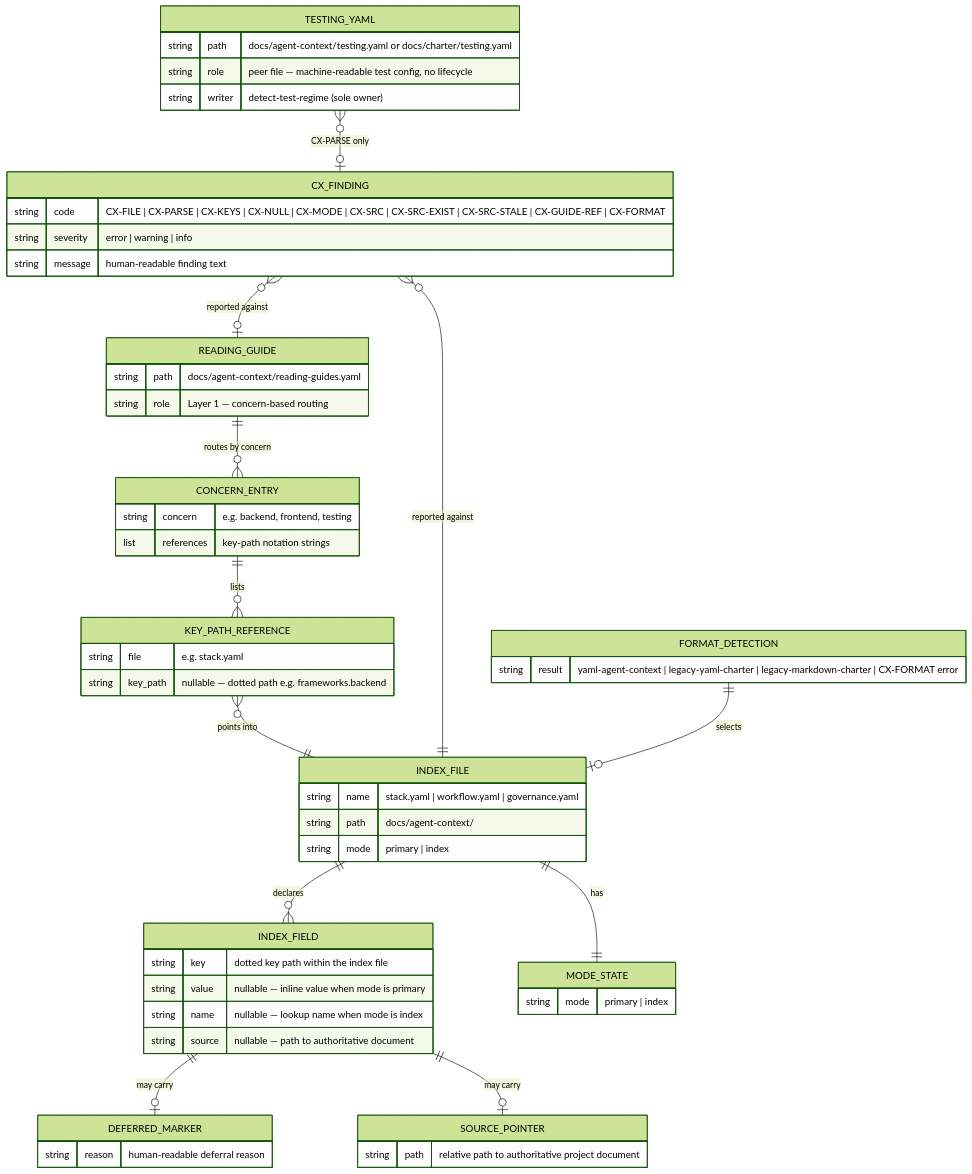
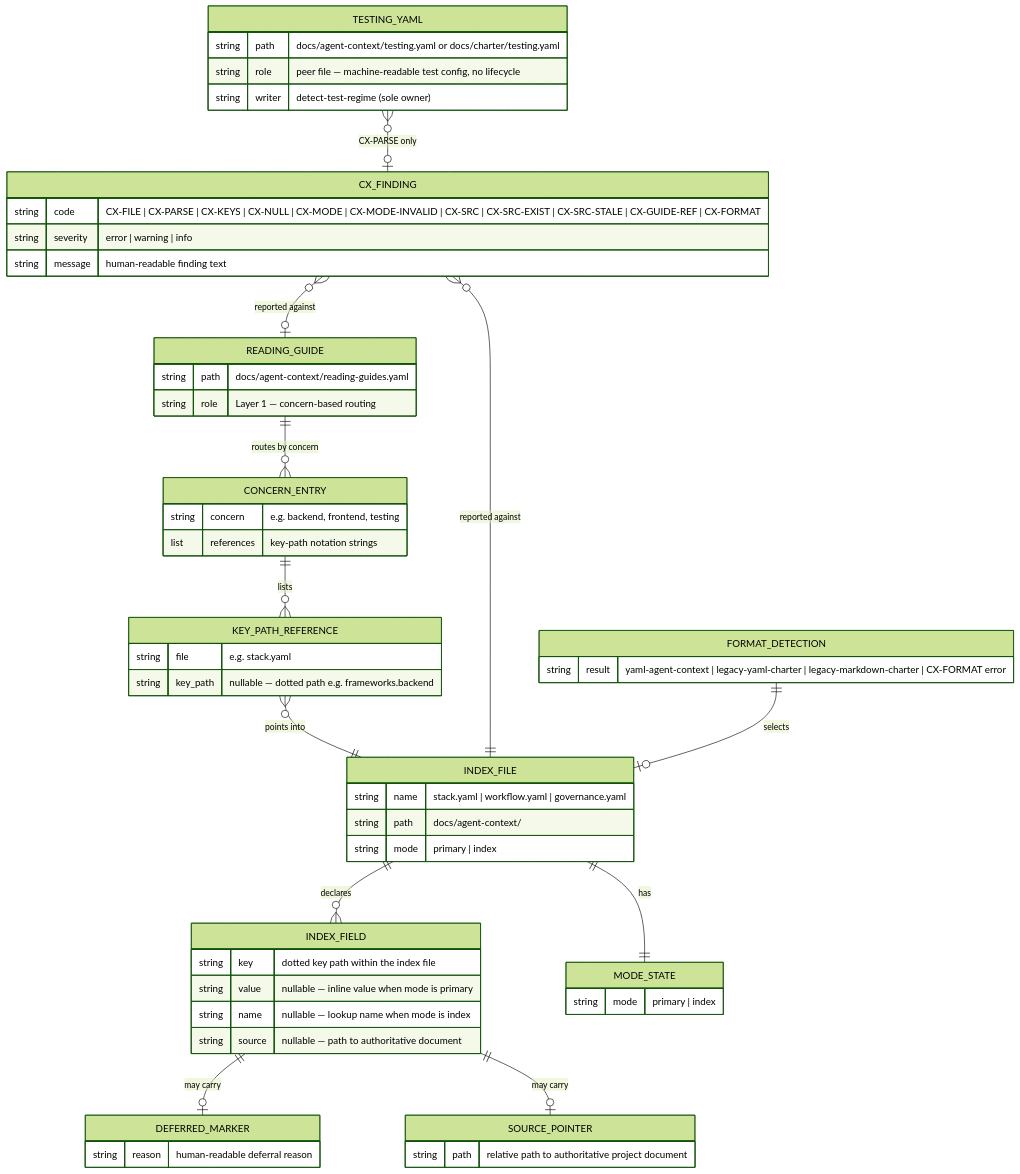
Before and after one commit to matthiasdaues/agent_factory: the third of 3 diagrams in docs/spec/supplementary_specs/entity-model.md, drawn with Mermaid (forest theme). The commit also changed 1 other file, not shown here.

Commit message:
docs: propagate CX-MODE-INVALID to entity-model and QA strategy (SPEC-0013)
Claude-Session: https://claude.ai/code/session_01SqT5KXAxDjuZVG9xraC1RQ

````diff
--- a/docs/spec/supplementary_specs/entity-model.md
+++ b/docs/spec/supplementary_specs/entity-model.md
@@ -254,60 +254,60 @@
 ```mermaid
 erDiagram
     READING_GUIDE ||--o{ CONCERN_ENTRY : "routes by concern"
     CONCERN_ENTRY ||--o{ KEY_PATH_REFERENCE : "lists"
     KEY_PATH_REFERENCE }o--|| INDEX_FILE : "points into"
     INDEX_FILE ||--o{ INDEX_FIELD : "declares"
     INDEX_FILE ||--|| MODE_STATE : "has"
     INDEX_FIELD ||--o| DEFERRED_MARKER : "may carry"
     INDEX_FIELD ||--o| SOURCE_POINTER : "may carry"
     CX_FINDING }o--|| INDEX_FILE : "reported against"
     CX_FINDING }o--o| READING_GUIDE : "reported against"
     TESTING_YAML }o--o| CX_FINDING : "CX-PARSE only"
     FORMAT_DETECTION ||--o| INDEX_FILE : "selects"
 
     READING_GUIDE {
         string path "docs/agent-context/reading-guides.yaml"
         string role "Layer 1 — concern-based routing"
     }
     CONCERN_ENTRY {
         string concern "e.g. backend, frontend, testing"
         list references "key-path notation strings"
     }
     KEY_PATH_REFERENCE {
         string file "e.g. stack.yaml"
         string key_path "nullable — dotted path e.g. frameworks.backend"
     }
     INDEX_FILE {
         string name "stack.yaml | workflow.yaml | governance.yaml"
         string path "docs/agent-context/<name>"
         string mode "primary | index"
     }
     INDEX_FIELD {
         string key "dotted key path within the index file"
         string value "nullable — inline value when mode is primary"
         string name "nullable — lookup name when mode is index"
         string source "nullable — path to authoritative document"
     }
     MODE_STATE {
         string mode "primary | index"
     }
     DEFERRED_MARKER {
         string reason "human-readable deferral reason"
     }
     SOURCE_POINTER {
         string path "relative path to authoritative project document"
     }
     TESTING_YAML {
         string path "docs/agent-context/testing.yaml or docs/charter/testing.yaml"
         string role "peer file — machine-readable test config, no lifecycle"
         string writer "detect-test-regime (sole owner)"
     }
     FORMAT_DETECTION {
         string result "yaml-agent-context | legacy-yaml-charter | legacy-markdown-charter | CX-FORMAT error"
     }
     CX_FINDING {
-        string code "CX-FILE | CX-PARSE | CX-KEYS | CX-NULL | CX-MODE | CX-SRC | CX-SRC-EXIST | CX-SRC-STALE | CX-GUIDE-REF | CX-FORMAT"
+        string code "CX-FILE | CX-PARSE | CX-KEYS | CX-NULL | CX-MODE | CX-MODE-INVALID | CX-SRC | CX-SRC-EXIST | CX-SRC-STALE | CX-GUIDE-REF | CX-FORMAT"
         string severity "error | warning | info"
         string message "human-readable finding text"
     }
 ```
````
